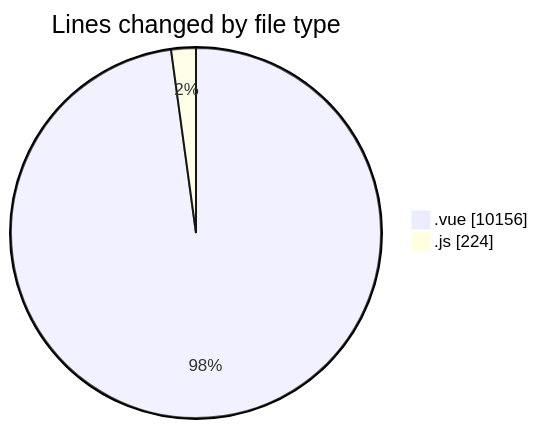
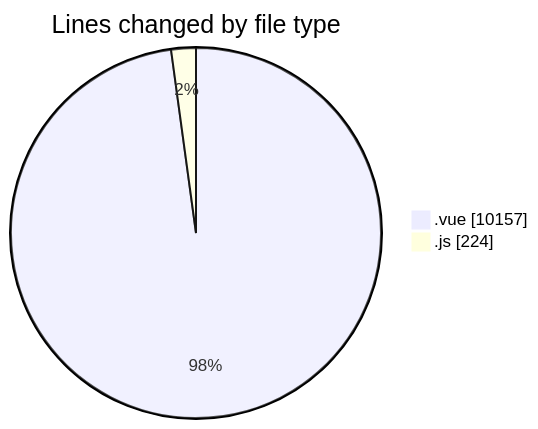
Before and after one commit to lephambinh05/code-tracking: the first of 2 diagrams in 2025-08-14/rentotp/README.md, drawn with Mermaid. The commit also changed other lines of this file and 1 other file, not shown here.

````diff
--- a/2025-08-14/rentotp/README.md
+++ b/2025-08-14/rentotp/README.md
@@ -25,6 +25,6 @@
 ```mermaid
 pie showData
 title Lines changed by file type
-".vue" : 10156
+".vue" : 10157
 ".js" : 224
 ```
````
